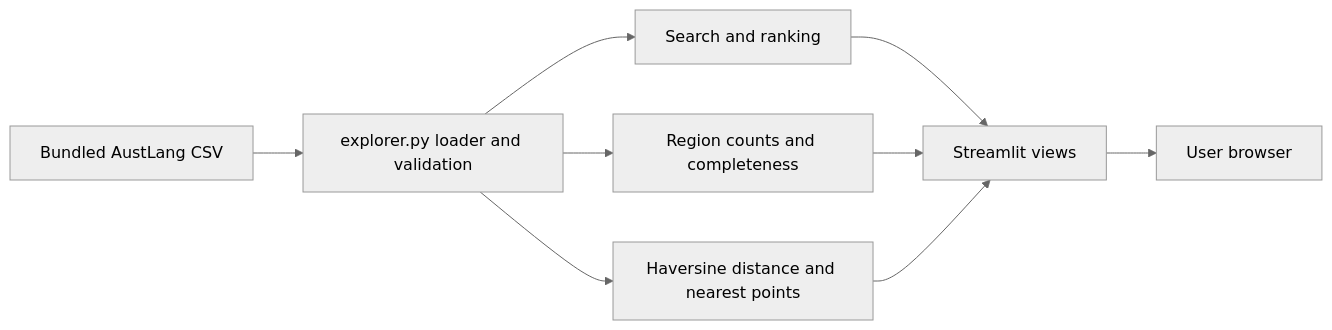
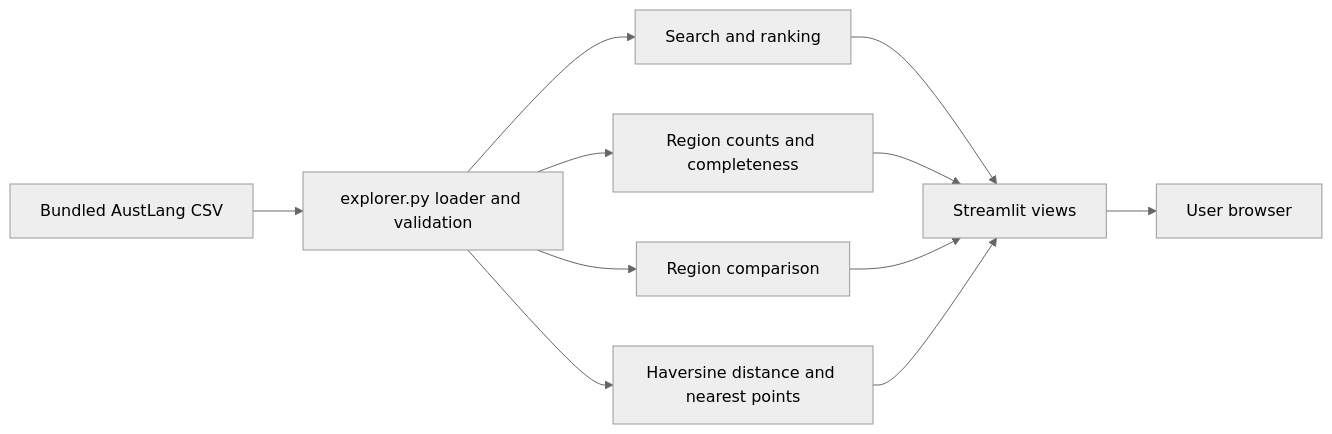
One commit to strawsquash/austlang-explorer-submission changed the diagram in README.md. Above: the diagram before and after it, drawn with Mermaid (neutral theme). The commit also changed other lines of this file and 5 other files, not shown here.

````diff
--- a/README.md
+++ b/README.md
@@ -36,11 +36,13 @@
 ```mermaid
 flowchart LR
     A[Bundled AustLang CSV] --> B[explorer.py loader and validation]
     B --> C[Search and ranking]
     B --> D[Region counts and completeness]
+    B --> H[Region comparison]
     B --> E[Haversine distance and nearest points]
     C --> F[Streamlit views]
     D --> F
+    H --> F
     E --> F
     F --> G[User browser]
 ```
````
